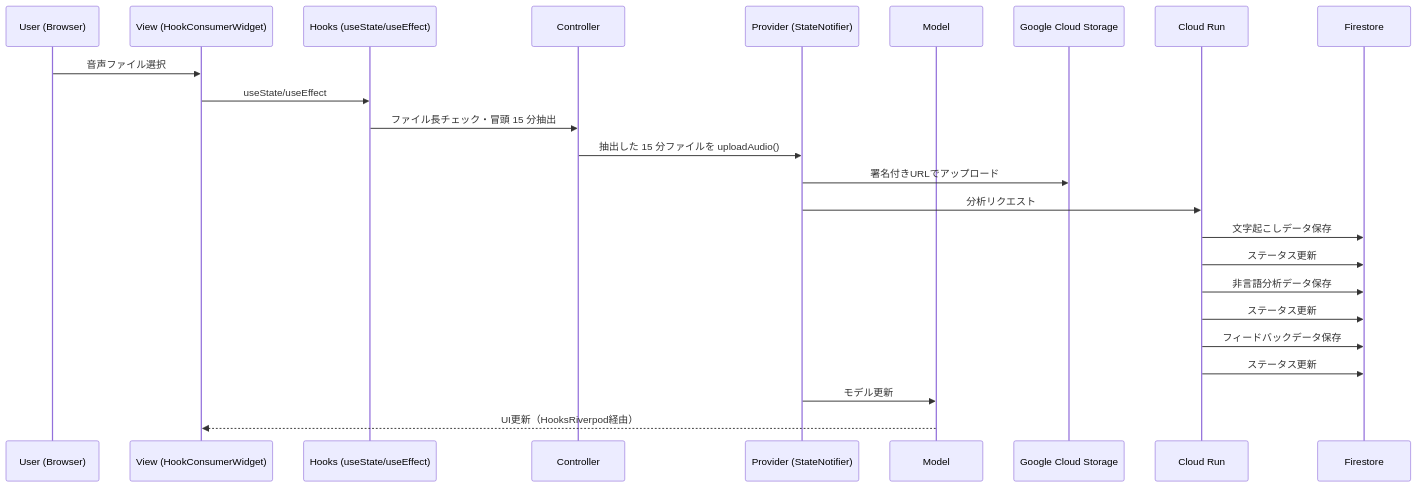
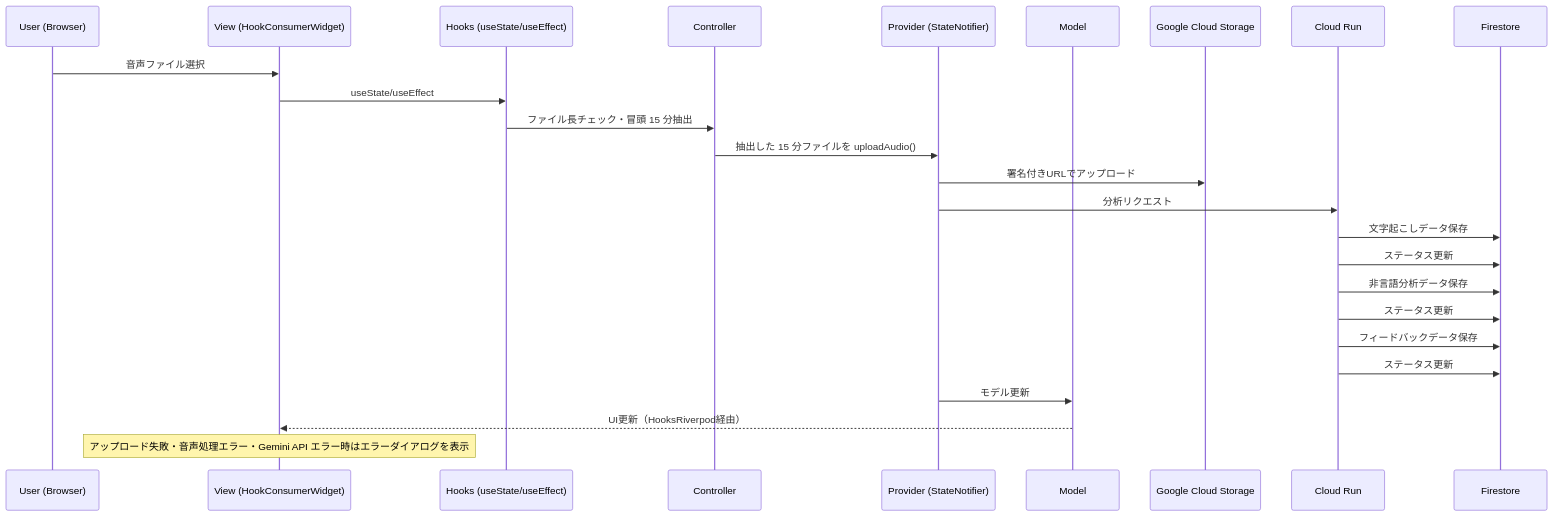
One commit to GrassVenture/date-feed-back changed the first of 2 diagrams in context/mvp/design-doc.md. Above: the diagram before and after it, drawn with Mermaid. The commit also changed other lines of this file and 3 other files, not shown here.

````diff
--- a/context/mvp/design-doc.md
+++ b/context/mvp/design-doc.md
@@ -150,27 +150,28 @@
    ```mermaid
    sequenceDiagram
        participant U as User (Browser)
        participant V as View (HookConsumerWidget)
        participant H as Hooks (useState/useEffect)
        participant C as Controller
        participant P as Provider (StateNotifier)
        participant M as Model
        participant GCS as Google Cloud Storage
        participant CR as Cloud Run
        participant FS as Firestore
 
        U->>V: 音声ファイル選択
        V->>H: useState/useEffect
        H->>C: ファイル長チェック・冒頭 15 分抽出
        C->>P: 抽出した 15 分ファイルを uploadAudio()
        P->>GCS: 署名付きURLでアップロード
        P->>CR: 分析リクエスト
        CR->>FS: 文字起こしデータ保存
        CR->>FS: ステータス更新
        CR->>FS: 非言語分析データ保存
        CR->>FS: ステータス更新
        CR->>FS: フィードバックデータ保存
        CR->>FS: ステータス更新
        P->>M: モデル更新
        M-->>V: UI更新（HooksRiverpod経由）
+       Note over V: アップロード失敗・音声処理エラー・Gemini API エラー時はエラーダイアログを表示
    ```
````
